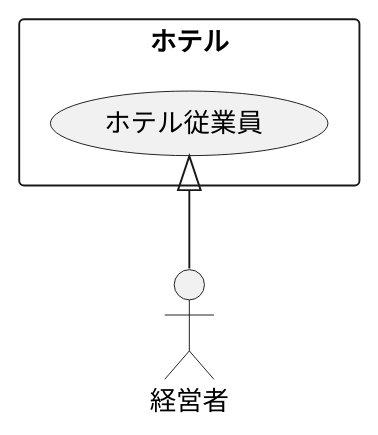
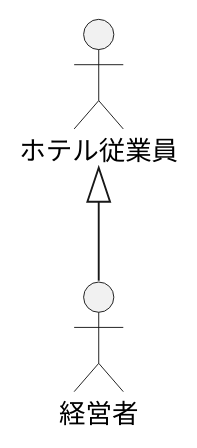
The diagram in 演習2-2_ホテル従業員.pu (Tanifuji94/uml-introduction), drawn with PlantUML before and after one commit.

Commit message:
演習2‐2

```diff
--- a/演習2-2_ホテル従業員.pu
+++ b/演習2-2_ホテル従業員.pu
@@ -1,7 +1,6 @@
 @startuml 演習2-2
+actor 経営者
+actor ホテル従業員
 ' left to right direction
-rectangle ホテル {
-usecase ホテル従業員
-}
 ホテル従業員 <|-- 経営者
 @enduml
```
